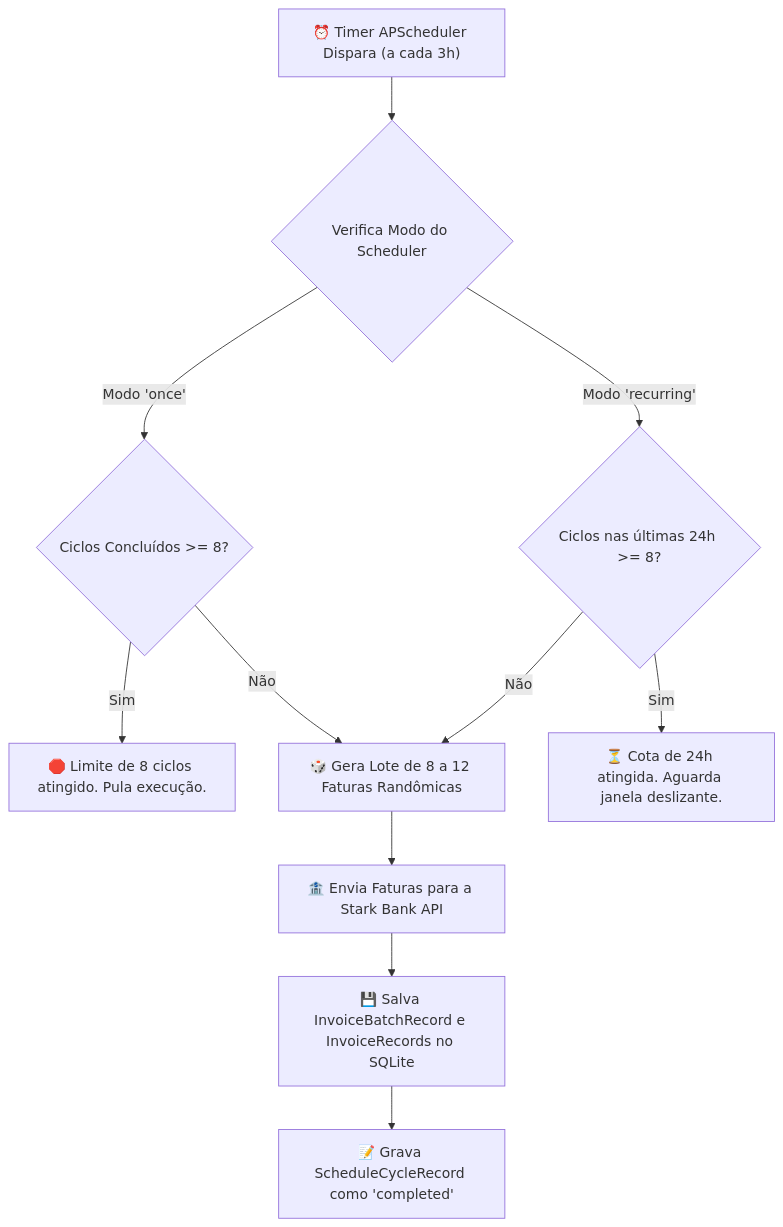
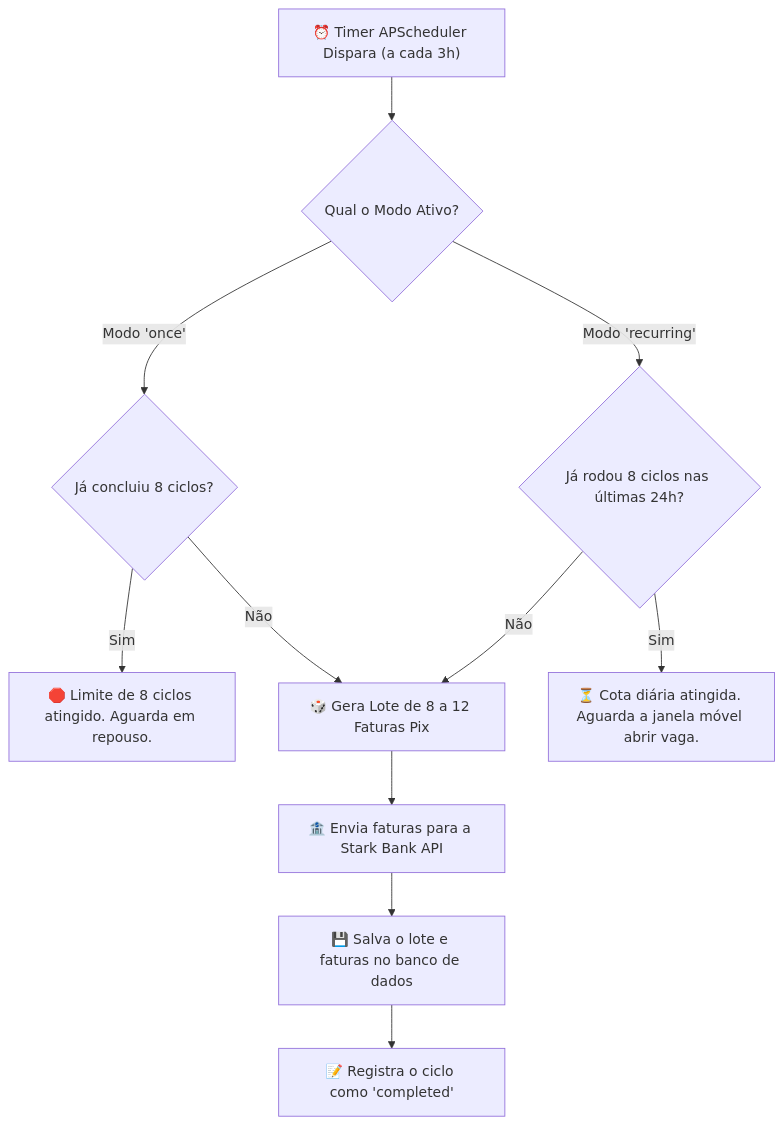
Before and after one commit to JhonatanRian/webhook-payment: the first of 2 diagrams in docs/business-rules.md, drawn with Mermaid. The commit also changed other lines of this file and 12 other files, not shown here.

````diff
--- a/docs/business-rules.md
+++ b/docs/business-rules.md
@@ -11,16 +11,16 @@
 ```mermaid
 flowchart TD
-    START["⏰ Timer APScheduler Dispara (a cada 3h)"] --> CHECK_MODE{"Verifica Modo do Scheduler"}
+    START["⏰ Timer APScheduler Dispara (a cada 3h)"] --> CHECK_MODE{"Qual o Modo Ativo?"}
     
-    CHECK_MODE -->|Modo 'once'| CHECK_ONCE{"Ciclos Concluídos >= 8?"}
-    CHECK_ONCE -->|Sim| STOP["🛑 Limite de 8 ciclos atingido. Pula execução."]
-    CHECK_ONCE -->|Não| GENERATE["🎲 Gera Lote de 8 a 12 Faturas Randômicas"]
+    CHECK_MODE -->|"Modo 'once'"| CHECK_ONCE{"Já concluiu 8 ciclos?"}
+    CHECK_ONCE -->|"Sim"| STOP["🛑 Limite de 8 ciclos atingido. Aguarda em repouso."]
+    CHECK_ONCE -->|"Não"| GENERATE["🎲 Gera Lote de 8 a 12 Faturas Pix"]
     
-    CHECK_MODE -->|Modo 'recurring'| CHECK_REC{"Ciclos nas últimas 24h >= 8?"}
-    CHECK_REC -->|Sim| SKIP["⏳ Cota de 24h atingida. Aguarda janela deslizante."]
-    CHECK_REC -->|Não| GENERATE
+    CHECK_MODE -->|"Modo 'recurring'"| CHECK_REC{"Já rodou 8 ciclos nas últimas 24h?"}
+    CHECK_REC -->|"Sim"| SKIP["⏳ Cota diária atingida. Aguarda a janela móvel abrir vaga."]
+    CHECK_REC -->|"Não"| GENERATE
 
-    GENERATE --> SEND_STARK["🏦 Envia Faturas para a Stark Bank API"]
-    SEND_STARK --> SAVE_DB["💾 Salva InvoiceBatchRecord e InvoiceRecords no SQLite"]
-    SAVE_DB --> RECORD_CYCLE["📝 Grava ScheduleCycleRecord como 'completed'"]
+    GENERATE --> SEND_STARK["🏦 Envia faturas para a Stark Bank API"]
+    SEND_STARK --> SAVE_DB["💾 Salva o lote e faturas no banco de dados"]
+    SAVE_DB --> RECORD_CYCLE["📝 Registra o ciclo como 'completed'"]
 ```
````
